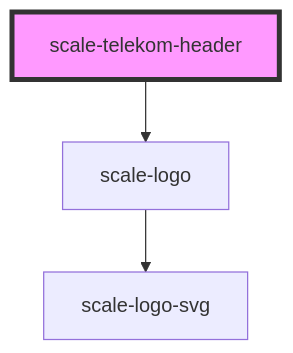
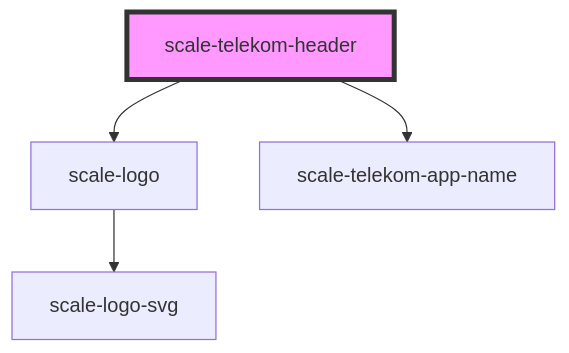
Before and after one commit to telekom/scale: the diagram in packages/components/src/components/telekom/telekom-header/readme.md, drawn with Mermaid. The commit also changed other lines of this file and 1 other file, not shown here.

````diff
--- a/packages/components/src/components/telekom/telekom-header/readme.md
+++ b/packages/components/src/components/telekom/telekom-header/readme.md
@@ -38,6 +42,7 @@
 ```mermaid
 graph TD;
   scale-telekom-header --> scale-logo
+  scale-telekom-header --> scale-telekom-app-name
   scale-logo --> scale-logo-svg
   style scale-telekom-header fill:#f9f,stroke:#333,stroke-width:4px
 ```
````
